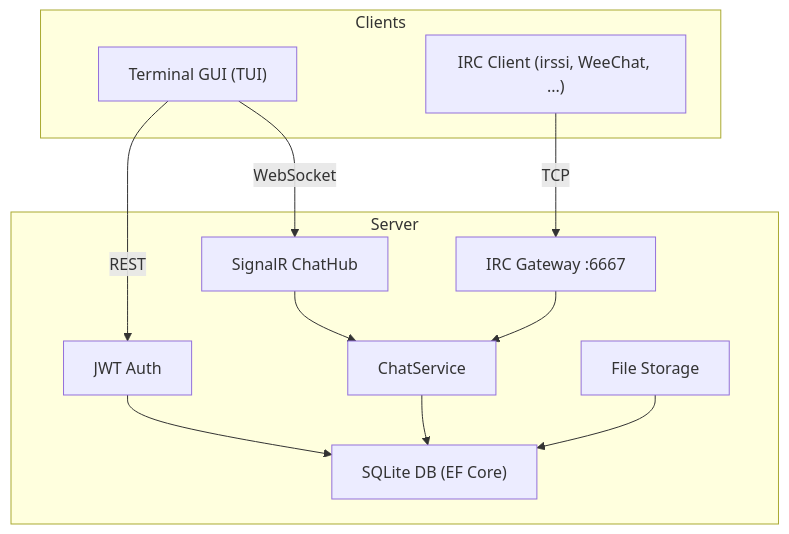
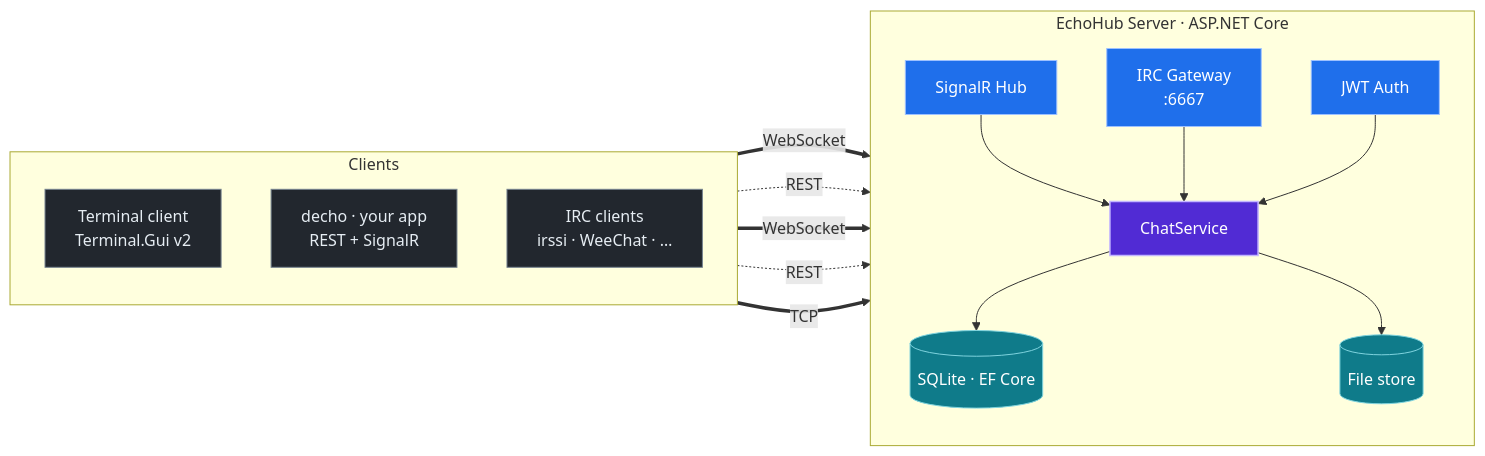
One commit to HueByte/EchoHub changed the diagram in README.md. Above: the diagram before and after it, drawn with Mermaid. The commit also changed other lines of this file, not shown here.

````diff
--- a/README.md
+++ b/README.md
@@ -50,25 +43,40 @@
 ```mermaid
-graph TD
-    subgraph Server["Server"]
-        ChatSvc["ChatService"]
-        Hub["SignalR ChatHub"]
-        IRC["IRC Gateway :6667"]
-        Auth["JWT Auth"]
-        DB["SQLite DB (EF Core)"]
-        Files["File Storage"]
+graph LR
+    subgraph Clients
+        direction TB
+        TUI["Terminal client<br/>Terminal.Gui v2"]
+        Desk["decho · your app<br/>REST + SignalR"]
+        IRCC["IRC clients<br/>irssi · WeeChat · …"]
     end
 
-    subgraph Clients["Clients"]
-        TUI["Terminal GUI (TUI)"]
-        IRCClient["IRC Client (irssi, WeeChat, ...)"]
+    subgraph Server["EchoHub Server · ASP.NET Core"]
+        direction TB
+        Hub["SignalR Hub"]
+        GW["IRC Gateway<br/>:6667"]
+        Chat["ChatService"]
+        Auth["JWT Auth"]
+        DB[("SQLite · EF Core")]
+        Files[("File store")]
     end
 
-    TUI -- "WebSocket" --> Hub
-    TUI -- "REST" --> Auth
-    IRCClient -- "TCP" --> IRC
-    Hub --> ChatSvc
-    IRC --> ChatSvc
-    ChatSvc --> DB
-    Auth --> DB
-    Files --> DB
+    TUI == "WebSocket" ==> Hub
+    TUI -. "REST" .-> Auth
+    Desk == "WebSocket" ==> Hub
+    Desk -. "REST" .-> Auth
+    IRCC == "TCP" ==> GW
+    Hub --> Chat
+    GW --> Chat
+    Auth --> Chat
+    Chat --> DB
+    Chat --> Files
+
+    classDef core fill:#512BD4,stroke:#c3b5ff,color:#ffffff,stroke-width:1.5px;
+    classDef io fill:#1f6feb,stroke:#9dc1ff,color:#ffffff;
+    classDef data fill:#0f7b8a,stroke:#7fd3de,color:#ffffff;
+    classDef client fill:#22272e,stroke:#768390,color:#e6edf3;
+
+    class Chat core
+    class Hub,GW,Auth io
+    class DB,Files data
+    class TUI,Desk,IRCC client
 ```
````
